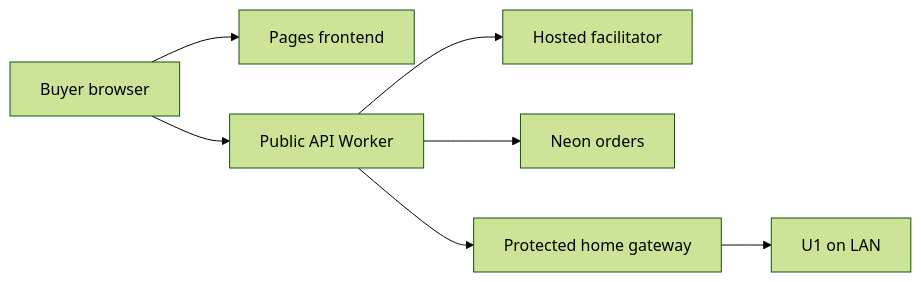
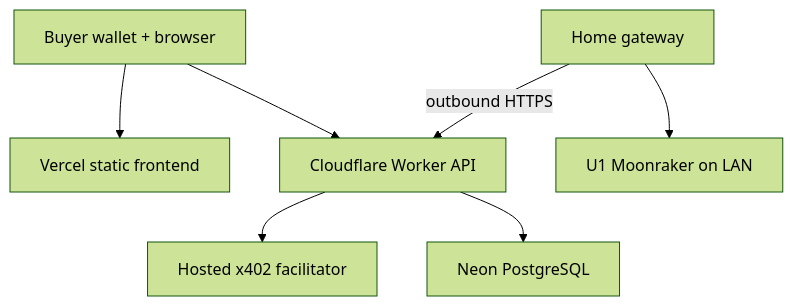
The diagram in docs/ARCHITECTURE.md (Kammerlo/x402-cardano-3dprinting-service), drawn with Mermaid (forest theme) before and after one commit. The commit also changed other lines of this file and 37 other files, not shown here.

Commit message:
feat: build Cardano x402 print storefront, API and home gateway

````diff
--- a/docs/ARCHITECTURE.md
+++ b/docs/ARCHITECTURE.md
@@ -41,9 +5,9 @@
 ```mermaid
-flowchart LR
-  B["Buyer browser"] --> P["Pages frontend"]
-  B --> A["Public API Worker"]
-  A --> F["Hosted facilitator"]
-  A --> N["Neon orders"]
-  A --> G["Protected home gateway"]
-  G --> U["U1 on LAN"]
+flowchart TD
+  B["Buyer wallet + browser"] --> W["Vercel static frontend"]
+  B --> A["Cloudflare Worker API"]
+  A --> F["Hosted x402 facilitator"]
+  A --> N["Neon PostgreSQL"]
+  G["Home gateway"] -->|"outbound HTTPS"| A
+  G --> U["U1 Moonraker on LAN"]
 ```
````
